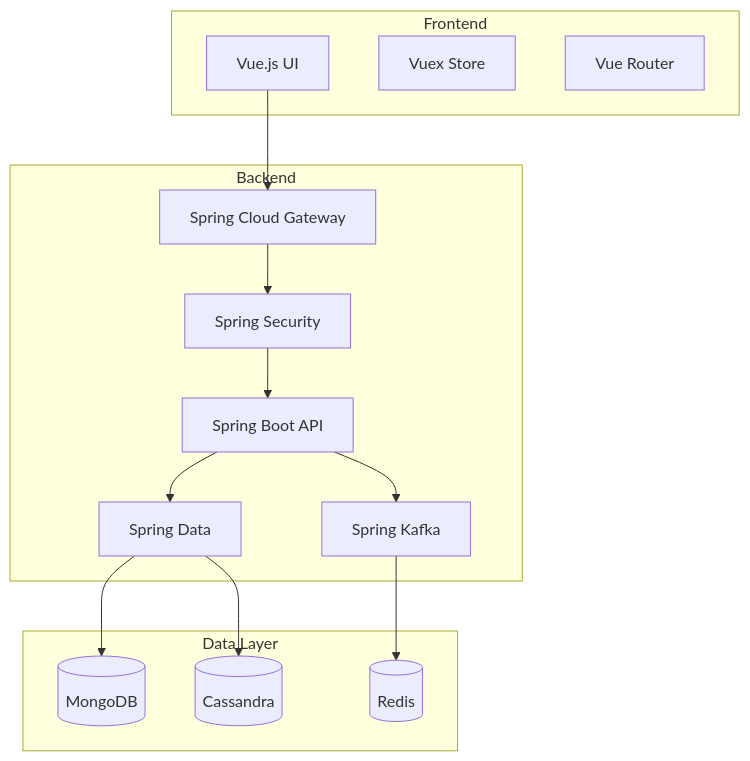
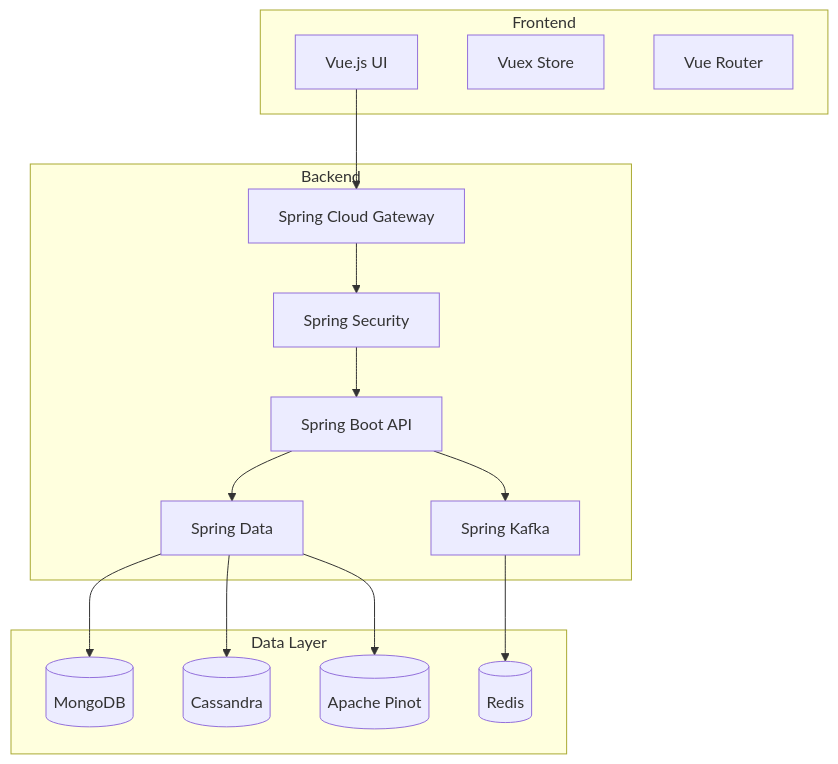
Before and after one commit to flamingo-stack/openframe-oss-tenant: the diagram in docs/docs/getting-started/introduction.md, drawn with Mermaid. The commit also changed other lines of this file and 1 other file, not shown here.

````diff
--- a/docs/docs/getting-started/introduction.md
+++ b/docs/docs/getting-started/introduction.md
@@ -75,31 +78,33 @@
 ```mermaid
 graph TB
     subgraph Frontend
         UI[Vue.js UI]
         Store[Vuex Store]
         Router[Vue Router]
     end
 
     subgraph Backend
         Gateway[Spring Cloud Gateway]
         Auth[Spring Security]
         API[Spring Boot API]
         Stream[Spring Kafka]
         Data[Spring Data]
     end
 
     subgraph Data Layer
         MongoDB[(MongoDB)]
         Cassandra[(Cassandra)]
+        Pinot[(Apache Pinot)]
         Redis[(Redis)]
     end
 
     UI --> Gateway
     Gateway --> Auth
     Auth --> API
     API --> Stream
     API --> Data
     Data --> MongoDB
     Data --> Cassandra
+    Data --> Pinot
     Stream --> Redis
 ```
````
